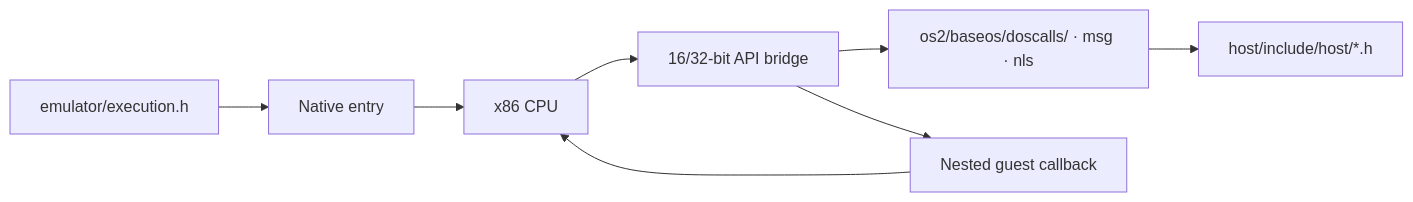
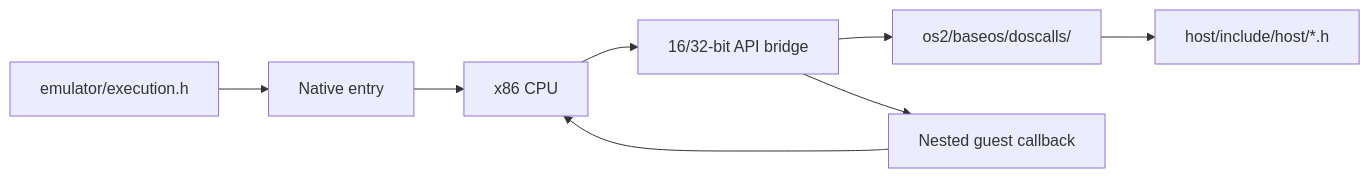
The diagram in docs/native-execution.md (bitwisecook/2ine), drawn with Mermaid before and after one commit. The commit also changed 5 other files, not shown here.

````diff
--- a/docs/native-execution.md
+++ b/docs/native-execution.md
@@ -11,7 +11,7 @@
 ```mermaid
 flowchart LR
     Shared["emulator/execution.h"] --> Entry["Native entry"] --> CPU["x86 CPU"]
-    CPU --> Bridge["16/32-bit API bridge"] --> APIs["os2/baseos/doscalls/ · msg · nls"]
+    CPU --> Bridge["16/32-bit API bridge"] --> APIs["os2/baseos/doscalls/"]
     APIs --> Host["host/include/host/*.h"]
     Bridge --> Callback["Nested guest callback"] --> CPU
 ```
````
